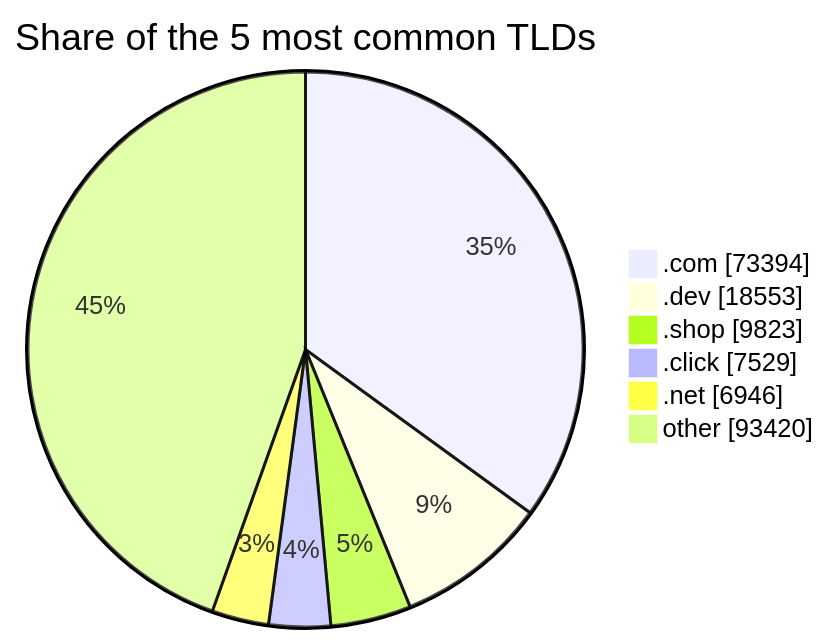
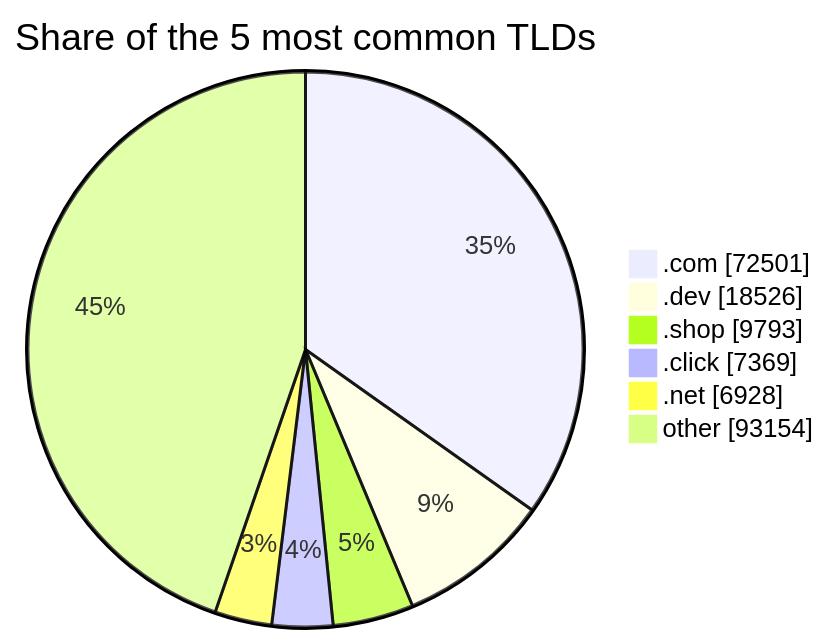
The third of 3 diagrams in README.md (DNSBunker/CTI), drawn with Mermaid before and after one commit. The commit also changed other lines of this file and 3 other files, not shown here.

````diff
--- a/README.md
+++ b/README.md
@@ -81,9 +81,9 @@
 ```mermaid
 pie showData title Share of the 5 most common TLDs
-    ".com" : 73394
-    ".dev" : 18553
-    ".shop" : 9823
-    ".click" : 7529
-    ".net" : 6946
-    "other" : 93420
+    ".com" : 72501
+    ".dev" : 18526
+    ".shop" : 9793
+    ".click" : 7369
+    ".net" : 6928
+    "other" : 93154
 ```
````
